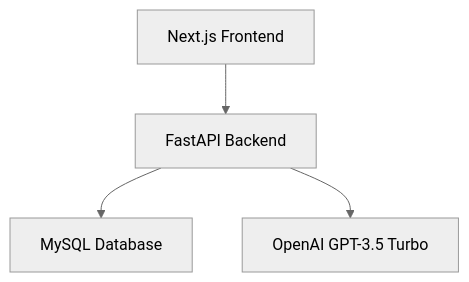
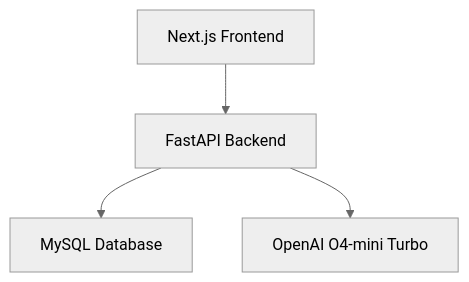
Before and after one commit to aniketkarne/AI-aws-cloud-cost-analyzer: the diagram in README.md, drawn with Mermaid (neutral theme).

````diff
--- a/README.md
+++ b/README.md
@@ -19,6 +19,6 @@
 ```mermaid
 flowchart TB
   A[Next.js Frontend] --> B[FastAPI Backend]
   B --> C[MySQL Database]
-  B --> D[OpenAI GPT-3.5 Turbo]
+  B --> D[OpenAI O4-mini Turbo]
 ```
````
